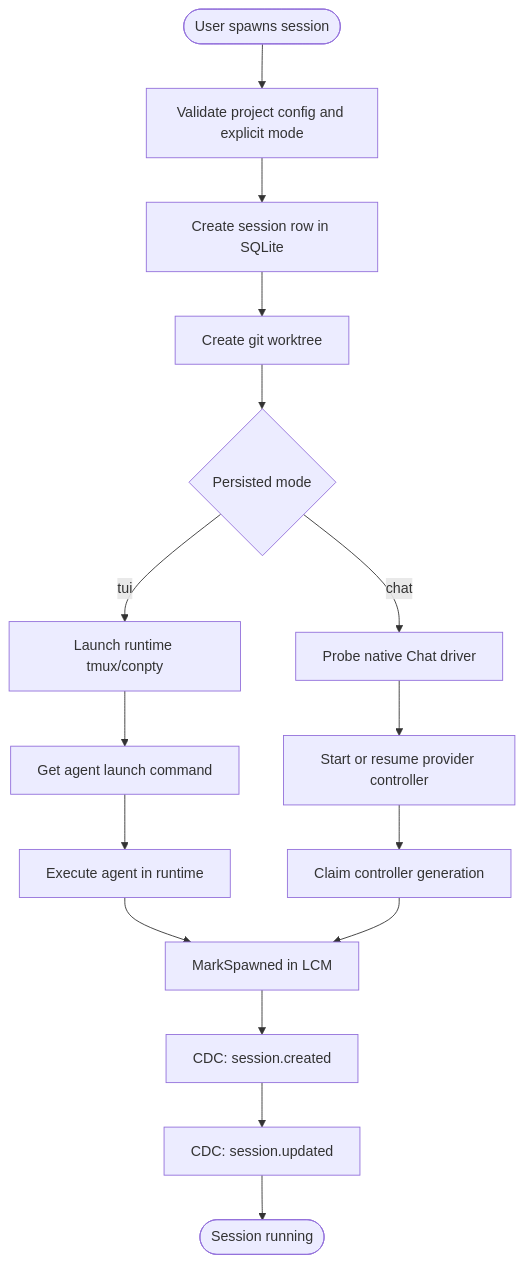
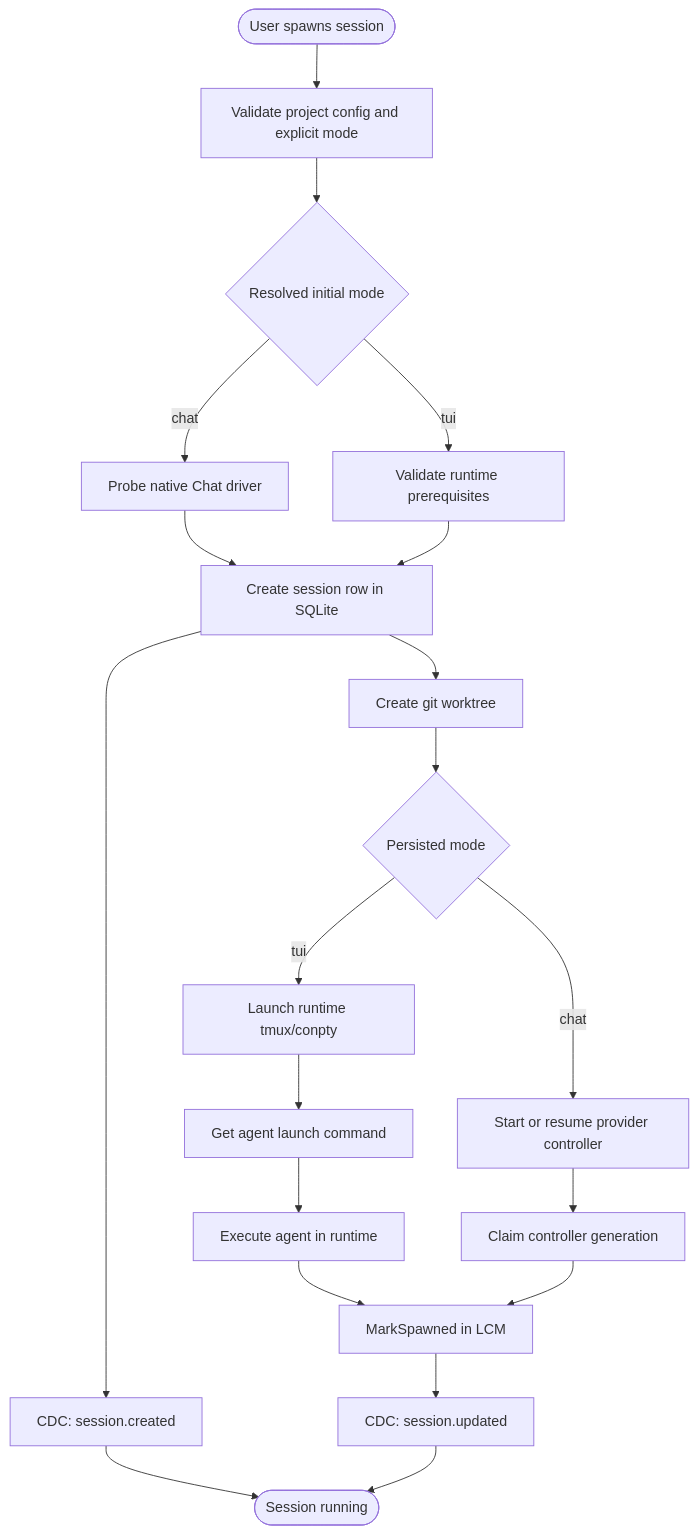
Before and after one commit to AgentWrapper/agent-orchestrator: the seventh of 24 diagrams in docs/architecture.md, drawn with Mermaid. The commit also changed other lines of this file and 35 other files, not shown here.

````diff
--- a/docs/architecture.md
+++ b/docs/architecture.md
@@ -284,19 +292,23 @@
 ```mermaid
 flowchart TD
     Start([User spawns session]) --> Validate[Validate project config and explicit mode]
-    Validate --> CreateRow[Create session row in SQLite]
+    Validate --> InitialMode{Resolved initial mode}
+    InitialMode -->|chat| Preflight[Probe native Chat driver]
+    InitialMode -->|tui| RuntimePreflight[Validate runtime prerequisites]
+    Preflight --> CreateRow[Create session row in SQLite]
+    RuntimePreflight --> CreateRow
+    CreateRow --> Trigger1[CDC: session.created]
     CreateRow --> CreateWS[Create git worktree]
-    CreateWS --> Mode{Persisted mode}
-    Mode -->|tui| CreateRT[Launch runtime tmux/conpty]
+    CreateWS --> LaunchMode{Persisted mode}
+    LaunchMode -->|tui| CreateRT[Launch runtime tmux/conpty]
     CreateRT --> GetCmd[Get agent launch command]
     GetCmd --> ExecAgent[Execute agent in runtime]
-    Mode -->|chat| Preflight[Probe native Chat driver]
-    Preflight --> ChatController[Start or resume provider controller]
+    LaunchMode -->|chat| ChatController[Start or resume provider controller]
     ChatController --> Fence[Claim controller generation]
     ExecAgent --> MarkSpawned[MarkSpawned in LCM]
     Fence --> MarkSpawned
-    MarkSpawned --> Trigger1[CDC: session.created]
-    Trigger1 --> Trigger2[CDC: session.updated]
+    MarkSpawned --> Trigger2[CDC: session.updated]
+    Trigger1 --> Done
     Trigger2 --> Done([Session running])
 
 ```
````
